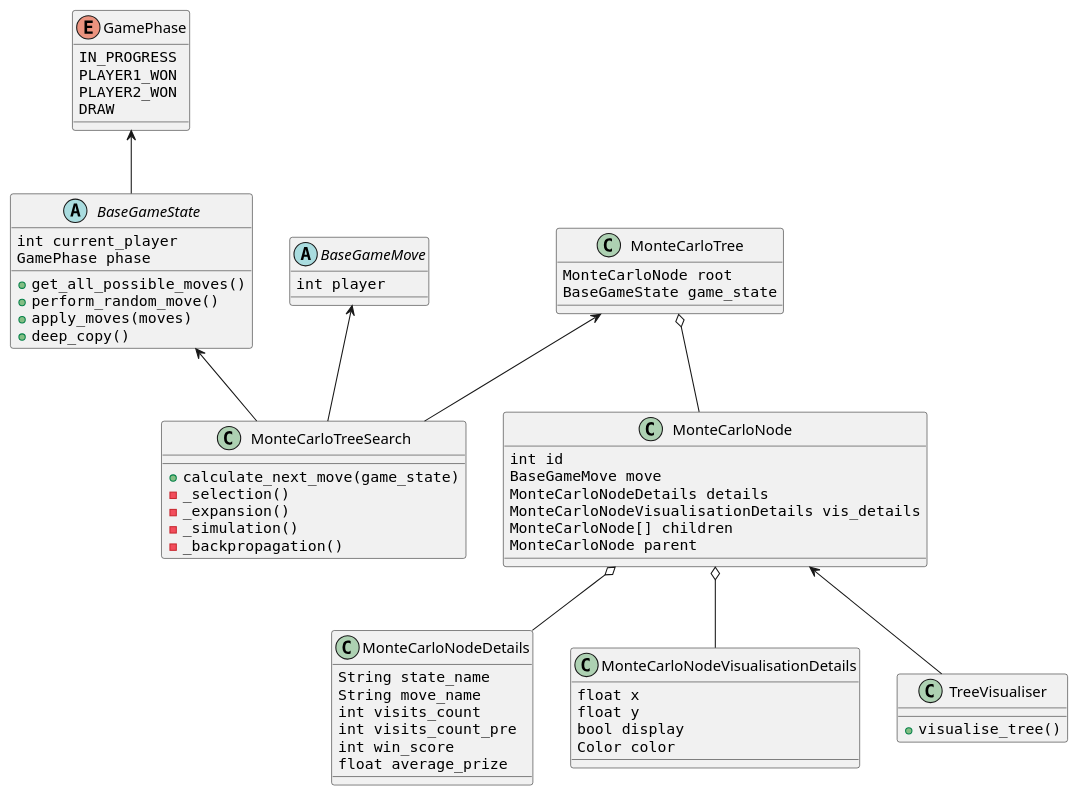
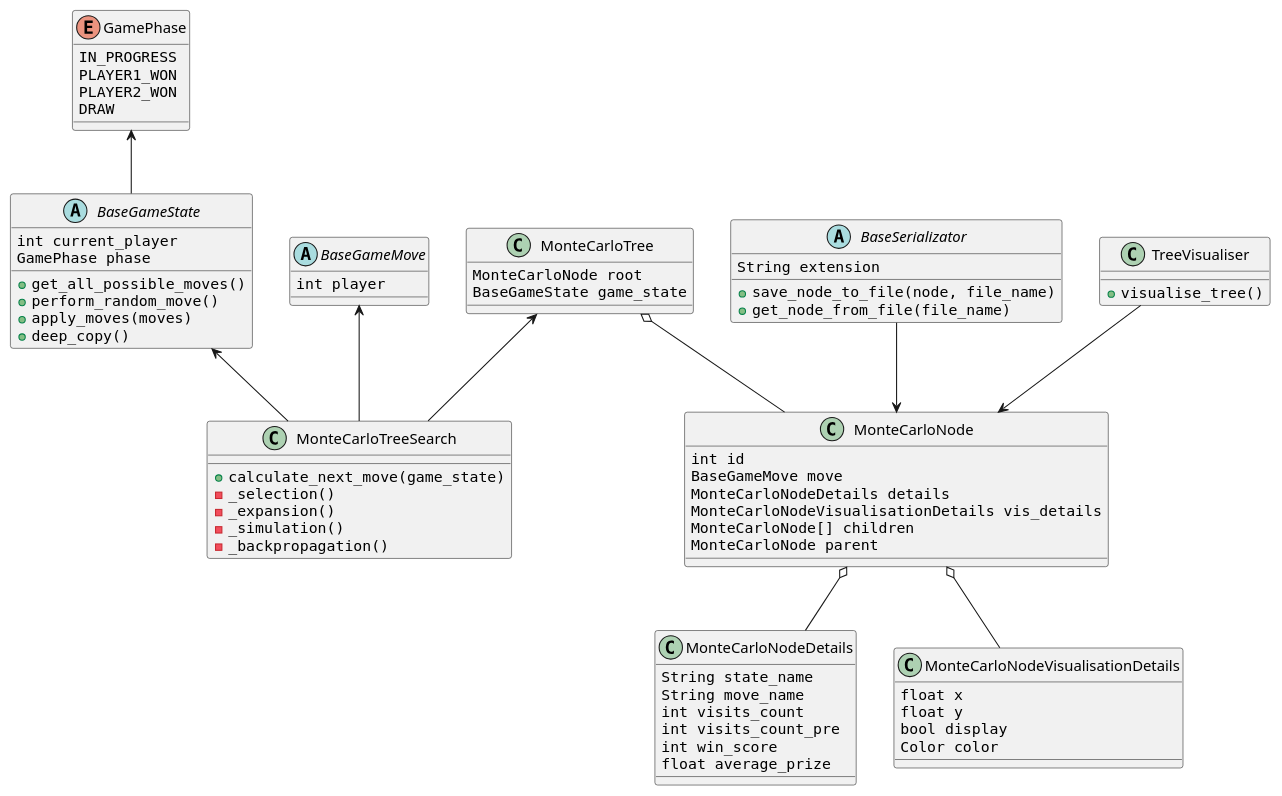
Before and after one commit to patrykf-dev/uct-visualisation-thesis: the diagram in doc/projekt-zespolowy-02/diagramy/umldiagram.wsd, drawn with PlantUML. The commit also changed 3 other files, not shown here.

```diff
--- a/doc/projekt-zespolowy-02/diagramy/umldiagram.wsd
+++ b/doc/projekt-zespolowy-02/diagramy/umldiagram.wsd
@@ -1,78 +1,84 @@
 @startuml
 enum GamePhase {
     ""IN_PROGRESS""
     ""PLAYER1_WON""
     ""PLAYER2_WON""
     ""DRAW""
 }
 
 
 class MonteCarloTreeSearch {
     {method} + ""calculate_next_move(game_state)""
     {method} - ""_selection()""
     {method} - ""_expansion()""
     {method} - ""_simulation()""
     {method} - ""_backpropagation()""
 }
 
 abstract class BaseGameMove {
     {field} ""int player""
 }
 
 abstract class BaseGameState {
     {field} ""int current_player""
     {field} ""GamePhase phase""
     {method} + ""get_all_possible_moves()""
     {method} + ""perform_random_move()""
     {method} + ""apply_moves(moves)""
     {method} + ""deep_copy()""
 }
 
 class MonteCarloTree {
     {field} ""MonteCarloNode root""
     {field} ""BaseGameState game_state""
 }
 
 class MonteCarloNode {
     {field} ""int id""
     {field} ""BaseGameMove move""
     {field} ""MonteCarloNodeDetails details""
     {field} ""MonteCarloNodeVisualisationDetails vis_details""
     {field} ""MonteCarloNode[] children""
     {field} ""MonteCarloNode parent""
 }
 
 
 class MonteCarloNodeDetails {
     {field} ""String state_name""
     {field} ""String move_name""
     {field} ""int visits_count""
     {field} ""int visits_count_pre""
     {field} ""int win_score""
     {field} ""float average_prize""
 }
 
 class MonteCarloNodeVisualisationDetails {
     {field} ""float x""
     {field} ""float y""
     {field} ""bool display""
     {field} ""Color color""
 }
 
+abstract class BaseSerializator {
+    {field} ""String extension""
+    {method} + ""save_node_to_file(node, file_name)""
+    {method} + ""get_node_from_file(file_name)""
+}
+
 class TreeVisualiser {
   {method} + ""visualise_tree()""
 }
 
 
 MonteCarloTree o-- MonteCarloNode
 MonteCarloNode o-- MonteCarloNodeDetails
 MonteCarloNode o-- MonteCarloNodeVisualisationDetails
 
 
-MonteCarloNode <-- TreeVisualiser
-
+TreeVisualiser --> MonteCarloNode
+BaseSerializator --> MonteCarloNode
 MonteCarloTree <-- MonteCarloTreeSearch 
 BaseGameMove <-- MonteCarloTreeSearch
 BaseGameState <-- MonteCarloTreeSearch
 GamePhase <-- BaseGameState
 @enduml
```
